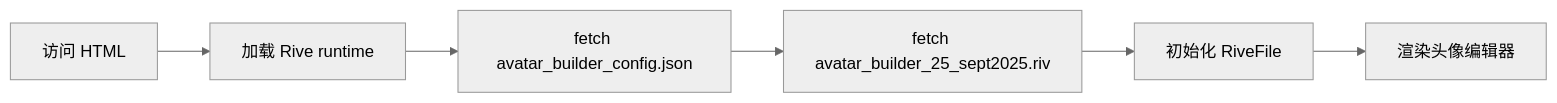
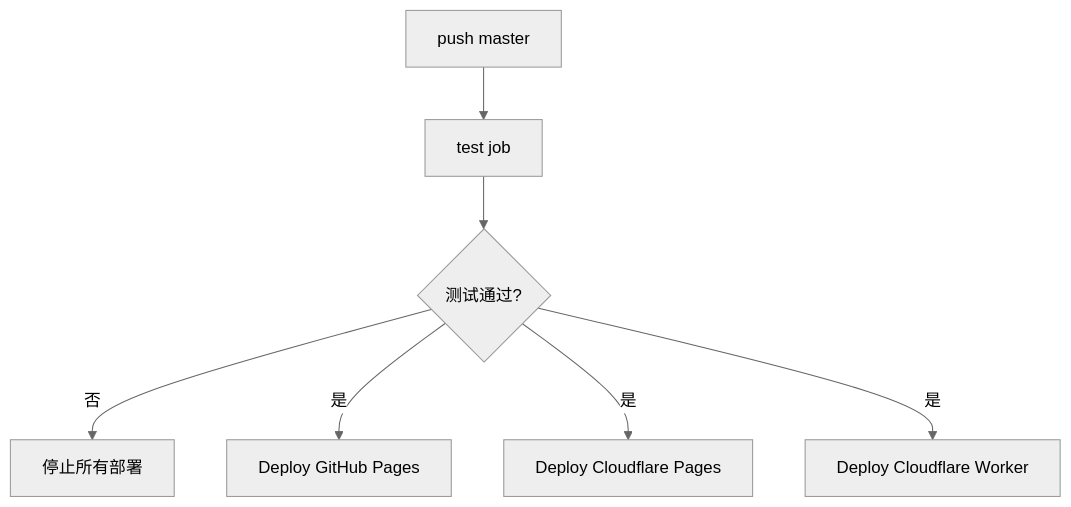
The first of 4 diagrams in docs/deployment-plan.md (wishflow/duolingo-avator-creator), drawn with Mermaid (neutral theme) before and after one commit. The commit also changed other lines of this file and 8 other files, not shown here.

````diff
--- a/docs/deployment-plan.md
+++ b/docs/deployment-plan.md
@@ -29,8 +15,9 @@
 ```mermaid
-flowchart LR
-  A[访问 HTML] --> B[加载 Rive runtime]
-  B --> C[fetch avatar_builder_config.json]
-  C --> D[fetch avatar_builder_25_sept2025.riv]
-  D --> E[初始化 RiveFile]
-  E --> F[渲染头像编辑器]
+flowchart TD
+  A[push master] --> B[test job]
+  B --> C{测试通过?}
+  C -- 否 --> X[停止所有部署]
+  C -- 是 --> D1[Deploy GitHub Pages]
+  C -- 是 --> D2[Deploy Cloudflare Pages]
+  C -- 是 --> D3[Deploy Cloudflare Worker]
 ```
````
